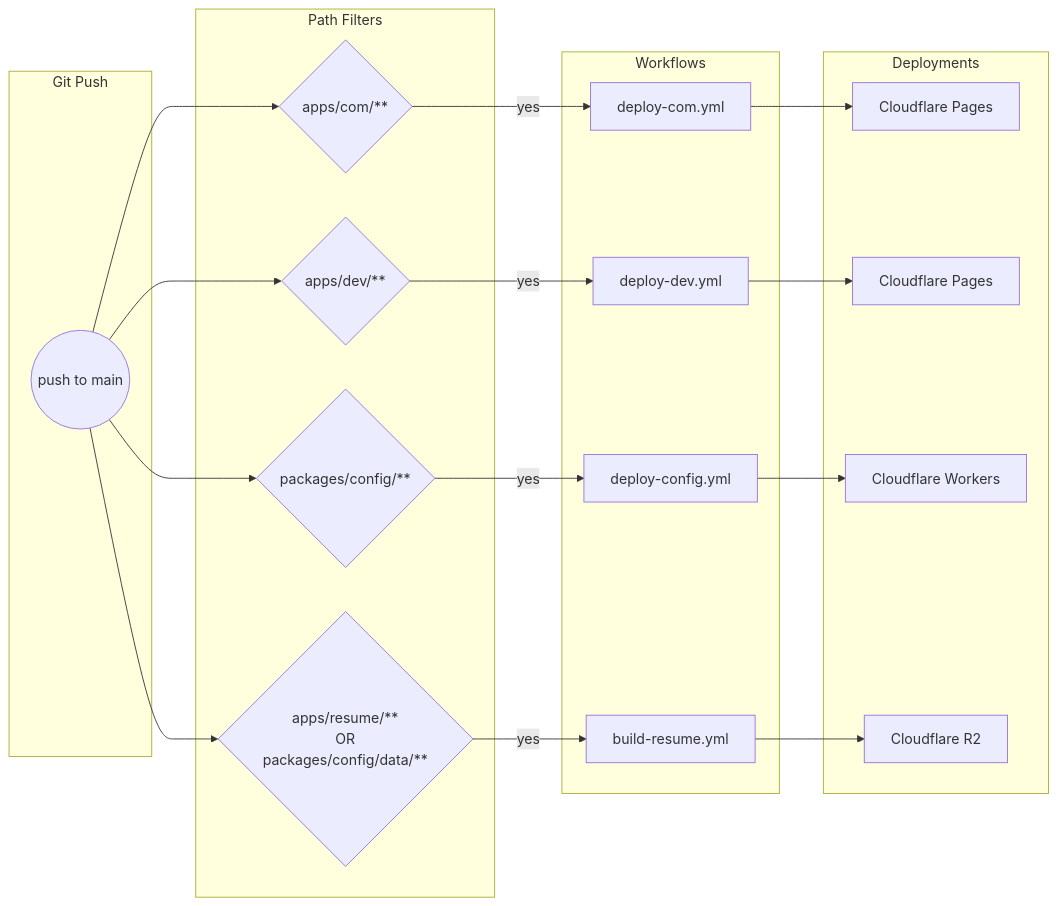
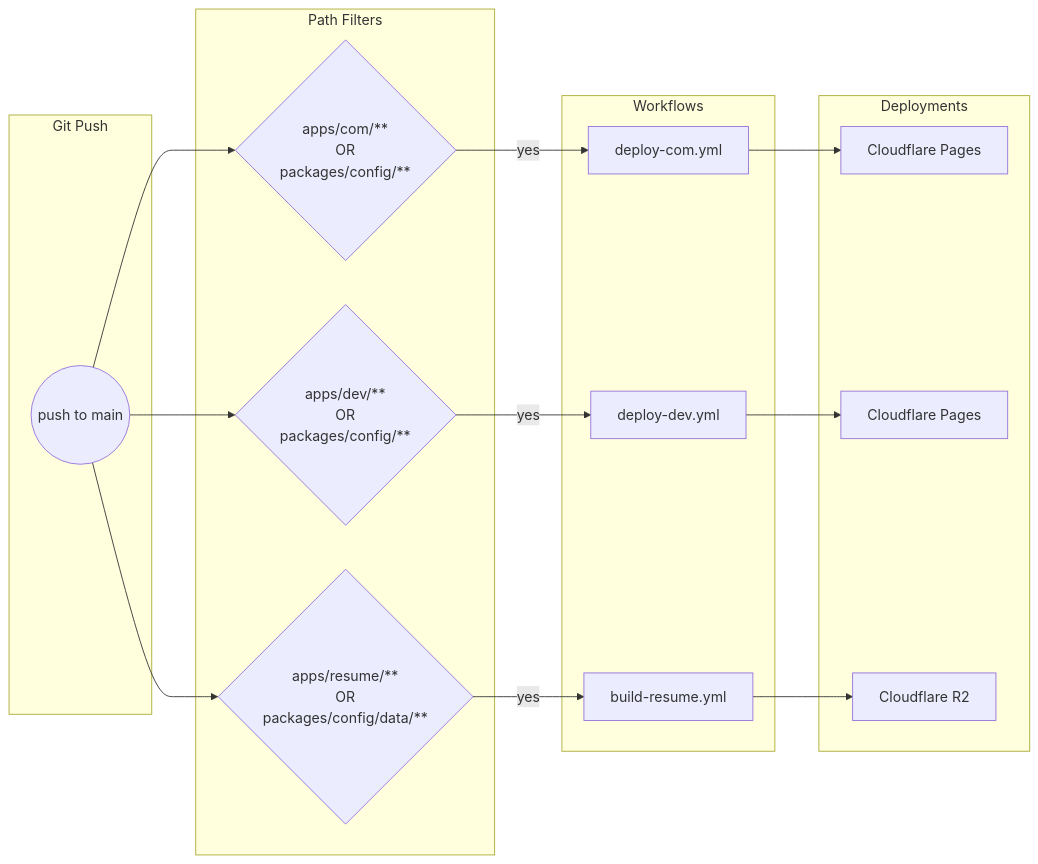
One commit to dave-kav/dave-kav-portfolio changed the second of 2 diagrams in README.md. Above: the diagram before and after it, drawn with Mermaid. The commit also changed other lines of this file and 14 other files, not shown here.

````diff
--- a/README.md
+++ b/README.md
@@ -44,27 +42,24 @@
 ```mermaid
 flowchart LR
     subgraph "Git Push"
         PUSH((push to main))
     end
 
     subgraph "Path Filters"
-        PUSH --> P1{apps/com/**}
-        PUSH --> P2{apps/dev/**}
-        PUSH --> P3{packages/config/**}
-        PUSH --> P4{apps/resume/**<br/>OR<br/>packages/config/data/**}
+        PUSH --> P1{apps/com/**<br/>OR<br/>packages/config/**}
+        PUSH --> P2{apps/dev/**<br/>OR<br/>packages/config/**}
+        PUSH --> P3{apps/resume/**<br/>OR<br/>packages/config/data/**}
     end
 
     subgraph "Workflows"
         P1 -->|yes| W1[deploy-com.yml]
         P2 -->|yes| W2[deploy-dev.yml]
-        P3 -->|yes| W3[deploy-config.yml]
-        P4 -->|yes| W4[build-resume.yml]
+        P3 -->|yes| W3[build-resume.yml]
     end
 
     subgraph "Deployments"
         W1 --> D1[Cloudflare Pages]
         W2 --> D2[Cloudflare Pages]
-        W3 --> D3[Cloudflare Workers]
-        W4 --> D4[Cloudflare R2]
+        W3 --> D3[Cloudflare R2]
     end
 ```
````
